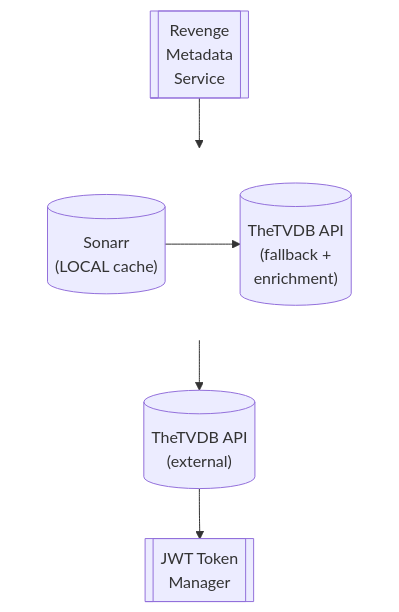
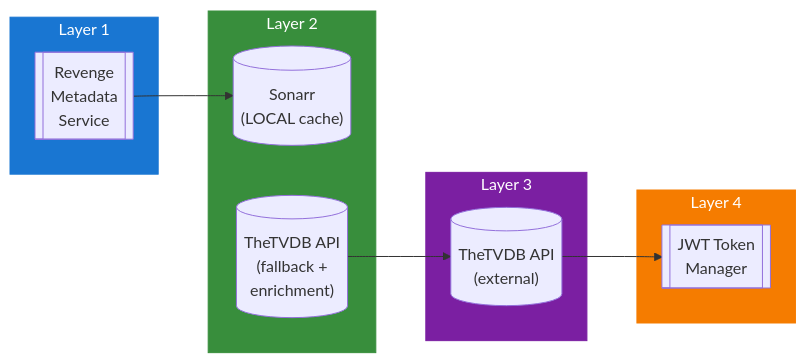
The diagram in docs/dev/design/integrations/metadata/video/THETVDB.md (lusoris/revenge), drawn with Mermaid before and after one commit. The commit also changed 215 other files, not shown here.

First line of the commit message:
feat(diagrams): convert all ASCII diagrams to Mermaid with LR subgraphs

````diff
--- a/docs/dev/design/integrations/metadata/video/THETVDB.md
+++ b/docs/dev/design/integrations/metadata/video/THETVDB.md
@@ -59,18 +59,30 @@
 ```mermaid
-flowchart TD
-    node1[["Revenge<br/>Metadata<br/>Service"]]
-    subgraph row1[ ]
-        direction LR
+flowchart LR
+    subgraph Layer1["Layer 1"]
+        node1[["Revenge<br/>Metadata<br/>Service"]]
+    end
+
+    subgraph Layer2["Layer 2"]
         node2[("Sonarr<br/>(LOCAL cache)")]
         node3[("TheTVDB API<br/>(fallback +<br/>enrichment)")]
     end
-    node4[("TheTVDB API<br/>(external)")]
-    node5[["JWT Token<br/>Manager"]]
-    node2 --> node3
+
+    subgraph Layer3["Layer 3"]
+        node4[("TheTVDB API<br/>(external)")]
+    end
+
+    subgraph Layer4["Layer 4"]
+        node5[["JWT Token<br/>Manager"]]
+    end
+
+    %% Connections
     node1 --> node2
     node3 --> node4
     node4 --> node5
 
-    %% Hide row subgraph borders
-    style row1 fill:transparent,stroke:transparent
+    %% Styling
+    style Layer1 fill:#1976D2,stroke:#1976D2,color:#fff
+    style Layer2 fill:#388E3C,stroke:#388E3C,color:#fff
+    style Layer3 fill:#7B1FA2,stroke:#7B1FA2,color:#fff
+    style Layer4 fill:#F57C00,stroke:#F57C00,color:#fff
 ```
````
